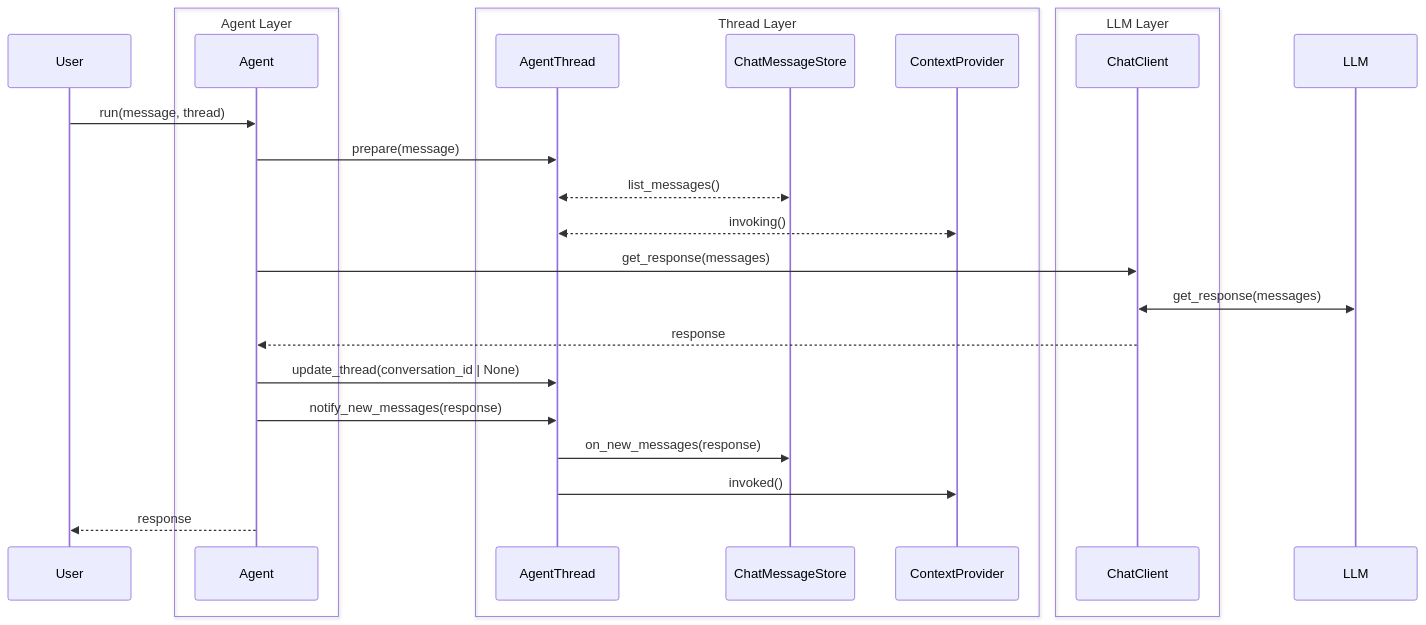
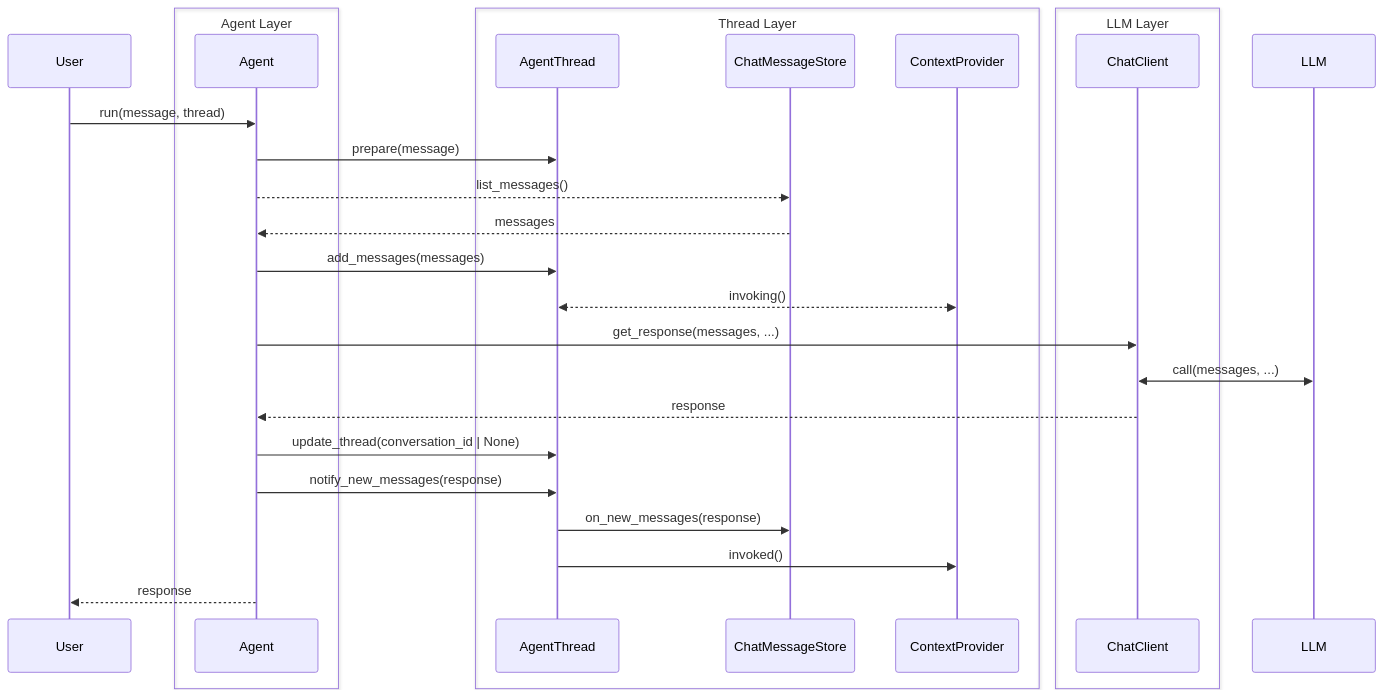
One commit to microsoft/agent-framework changed the first of 7 diagrams in docs/decisions/00XX-python-agent-threads.md. Above: the diagram before and after it, drawn with Mermaid. The commit also changed other lines of this file, not shown here.

````diff
--- a/docs/decisions/00XX-python-agent-threads.md
+++ b/docs/decisions/00XX-python-agent-threads.md
@@ -27,29 +35,31 @@
 ```mermaid
 sequenceDiagram
         participant User
     box Agent Layer
         participant Agent
     end
     box Thread Layer
         participant AgentThread
         participant ChatMessageStore
         participant ContextProvider
     end
     box LLM Layer
         participant ChatClient
     end
         participant LLM
 
     User->>Agent: run(message, thread)
     Agent->>AgentThread: prepare(message)
-    AgentThread<<-->>ChatMessageStore: list_messages()
+    Agent-->>ChatMessageStore: list_messages()
+    ChatMessageStore-->>Agent: messages
+    Agent->>AgentThread: add_messages(messages)
     AgentThread<<-->>ContextProvider: invoking()
-    Agent->>ChatClient: get_response(messages)
-    ChatClient<<->>LLM: get_response(messages)
+    Agent->>ChatClient: get_response(messages, ...)
+    ChatClient<<->>LLM: call(messages, ...)
     ChatClient-->>Agent: response
     Agent->>AgentThread: update_thread(conversation_id | None)
     Agent->>AgentThread: notify_new_messages(response)
     AgentThread->>ChatMessageStore: on_new_messages(response)
     AgentThread->>ContextProvider: invoked()
     Agent-->>User: response
 ```
````
